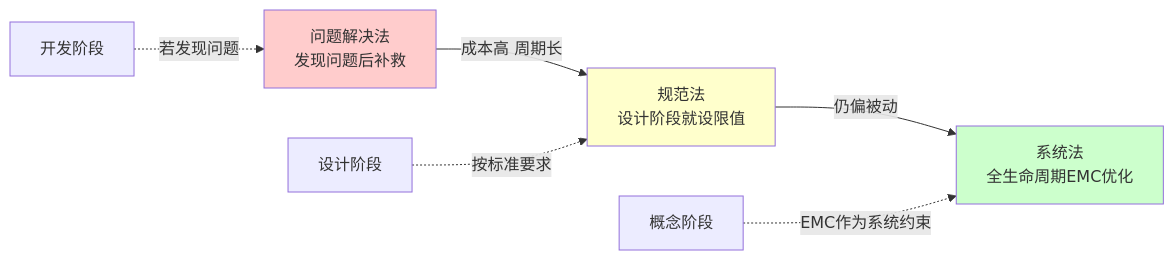
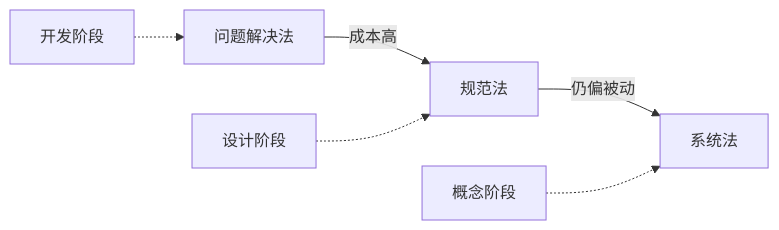
The sixth of 7 diagrams in output/第1章-绪论.md (huoli4844/chateacher-emc), drawn with Mermaid before and after one commit. The commit also changed other lines of this file, not shown here.

Commit message:
fix: 全部7个Mermaid图替换为最大兼容语法（移除timeline/mindmap/%%{init}%%/subgraph/<-->）

````diff
--- a/output/第1章-绪论.md
+++ b/output/第1章-绪论.md
@@ -455,13 +416,8 @@
 ```mermaid
 graph LR
-    A["问题解决法<br>发现问题后补救"] -->|"成本高 周期长"| B["规范法<br>设计阶段就设限值"]
-    B -->|"仍偏被动"| C["系统法<br>全生命周期EMC优化"]
-    
-    D["开发阶段"] -.->|"若发现问题"| A
-    E["设计阶段"] -.->|"按标准要求"| B
-    F["概念阶段"] -.->|"EMC作为系统约束"| C
-    
-    style A fill:#ffcccc
-    style B fill:#ffffcc
-    style C fill:#ccffcc
+    A["问题解决法"] -->|"成本高"| B["规范法"]
+    B -->|"仍偏被动"| C["系统法"]
+    D["开发阶段"] -.-> A
+    E["设计阶段"] -.-> B
+    F["概念阶段"] -.-> C
 ```
````
